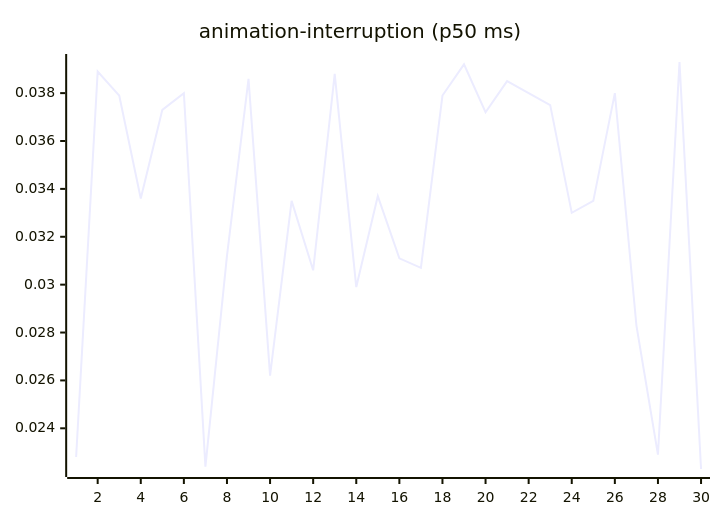
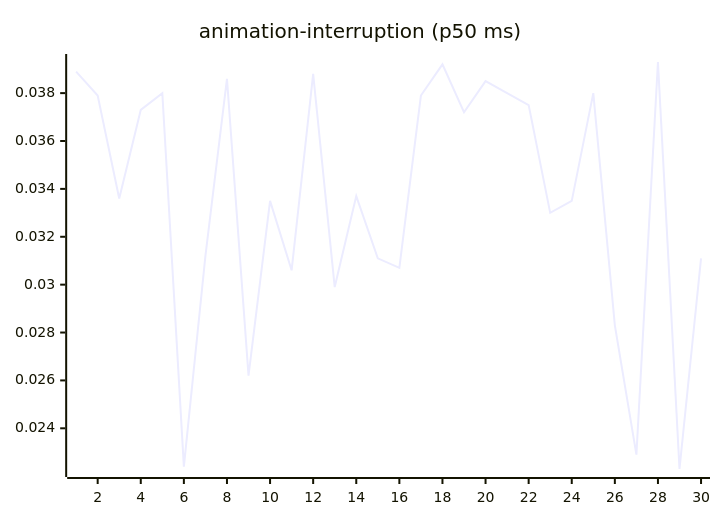
The third of 27 diagrams in README.md (josha/Facet), drawn with Mermaid before and after one commit. The commit also changed other lines of this file and 2 other files, not shown here.

````diff
--- a/README.md
+++ b/README.md
@@ -77,6 +77,6 @@
 ```mermaid
 xychart-beta
     title "animation-interruption (p50 ms)"
     x-axis 1 --> 30
-    line [0.0228, 0.0389, 0.0379, 0.0336, 0.0373, 0.0380, 0.0224, 0.0312, 0.0386, 0.0262, 0.0335, 0.0306, 0.0388, 0.0299, 0.0337, 0.0311, 0.0307, 0.0379, 0.0392, 0.0372, 0.0385, 0.0380, 0.0375, 0.0330, 0.0335, 0.0380, 0.0283, 0.0229, 0.0393, 0.0223]
+    line [0.0389, 0.0379, 0.0336, 0.0373, 0.0380, 0.0224, 0.0312, 0.0386, 0.0262, 0.0335, 0.0306, 0.0388, 0.0299, 0.0337, 0.0311, 0.0307, 0.0379, 0.0392, 0.0372, 0.0385, 0.0380, 0.0375, 0.0330, 0.0335, 0.0380, 0.0283, 0.0229, 0.0393, 0.0223, 0.0311]
 ```
````
